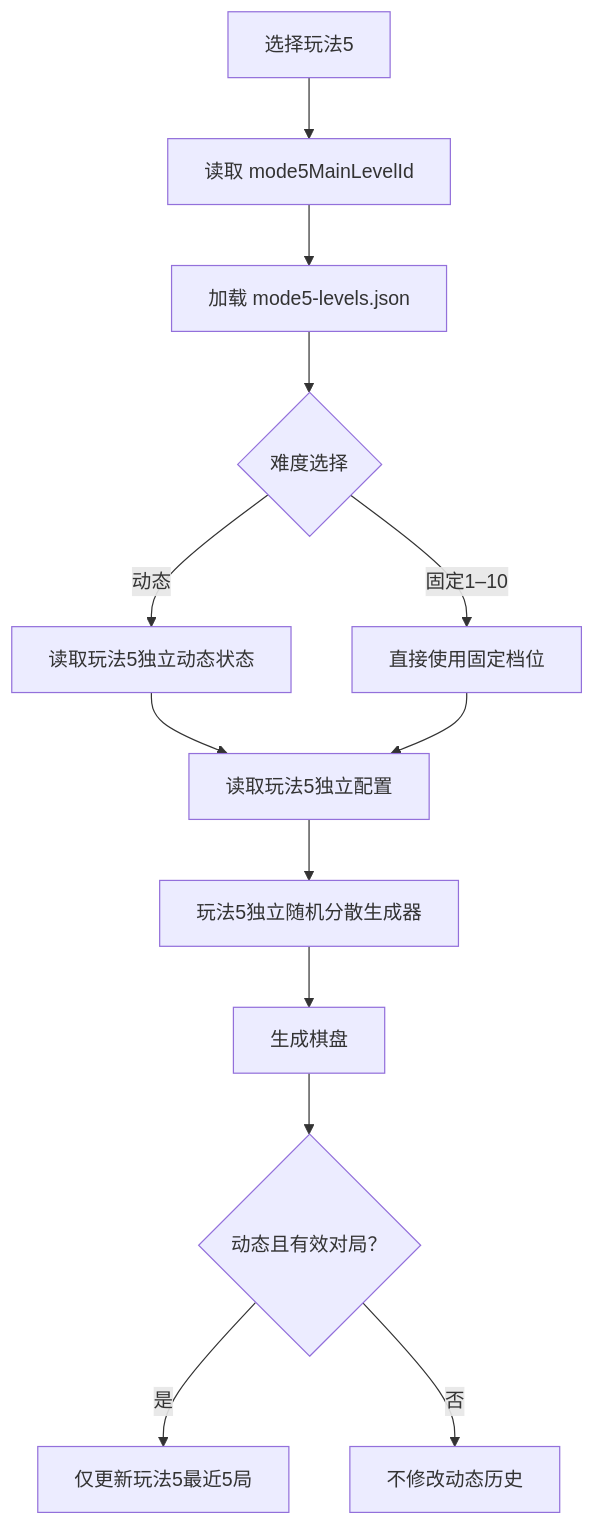
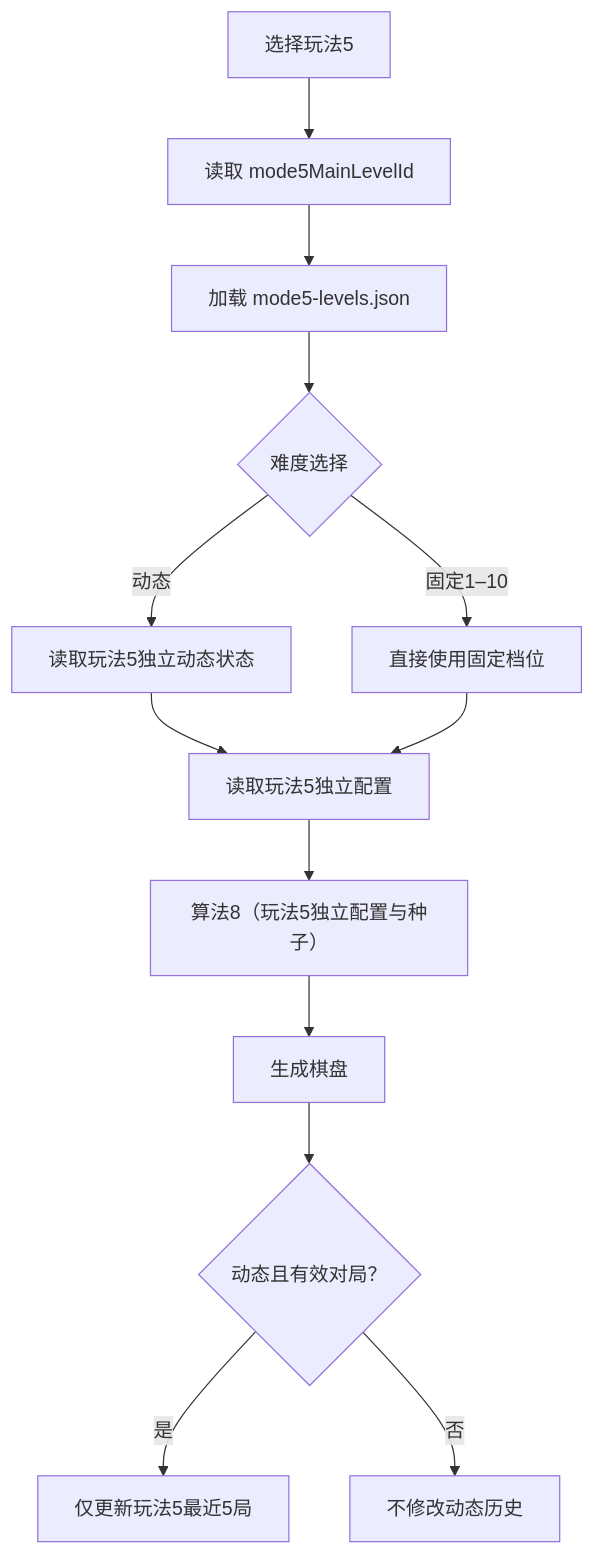
The diagram in docs/gameplay5-implementation.md (sgggom/NumberConnect), drawn with Mermaid before and after one commit. The commit also changed other lines of this file and 9 other files, not shown here.

````diff
--- a/docs/gameplay5-implementation.md
+++ b/docs/gameplay5-implementation.md
@@ -48,15 +48,15 @@
 ```mermaid
 flowchart TD
     A["选择玩法5"] --> B["读取 mode5MainLevelId"]
     B --> C["加载 mode5-levels.json"]
     C --> D{"难度选择"}
     D -- "动态" --> E["读取玩法5独立动态状态"]
     D -- "固定1–10" --> F["直接使用固定档位"]
     E --> G["读取玩法5独立配置"]
     F --> G
-    G --> H["玩法5独立随机分散生成器"]
+    G --> H["算法8（玩法5独立配置与种子）"]
     H --> I["生成棋盘"]
     I --> J{"动态且有效对局？"}
     J -- "是" --> K["仅更新玩法5最近5局"]
     J -- "否" --> L["不修改动态历史"]
 ```
````
